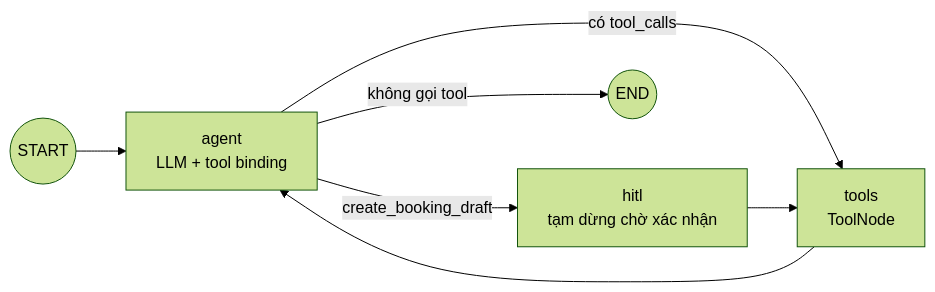
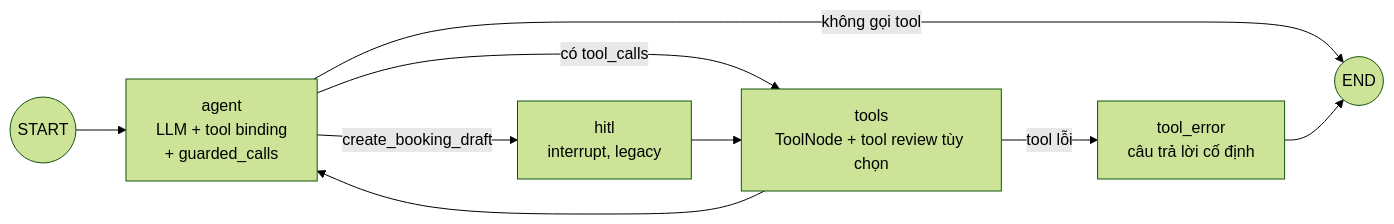
The fifth of 8 diagrams in docs/architecture.md (tungld9999blacksmith/mvp-40-days-deployments-team-146), drawn with Mermaid (forest theme) before and after one commit. The commit also changed other lines of this file and 240 other files, not shown here.

````diff
--- a/docs/architecture.md
+++ b/docs/architecture.md
@@ -257,9 +280,11 @@
 ```mermaid
 flowchart LR
-    S((START)) --> A[agent<br/>LLM + tool binding]
-    A -- có tool_calls --> T[tools<br/>ToolNode]
-    A -- create_booking_draft --> H[hitl<br/>tạm dừng chờ xác nhận]
+    S((START)) --> A[agent<br/>LLM + tool binding<br/>+ guarded_calls]
+    A -- có tool_calls --> T[tools<br/>ToolNode + tool review tùy chọn]
+    A -- create_booking_draft --> H[hitl<br/>interrupt, legacy]
     A -- không gọi tool --> E((END))
+    T -- tool lỗi --> X[tool_error<br/>câu trả lời cố định]
     T --> A
     H --> T
+    X --> E
 ```
````
